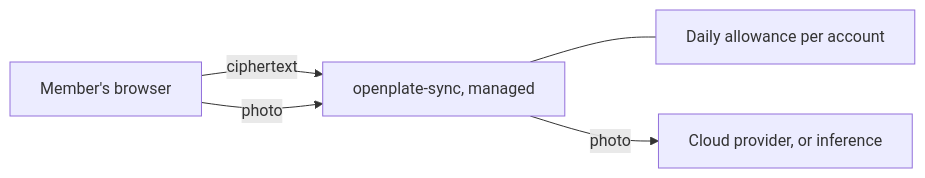
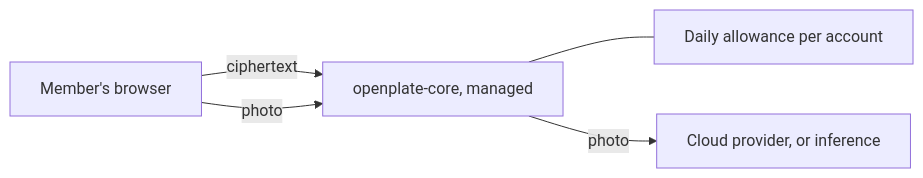
The fourth of 6 diagrams in docs/topologies.md (LowCarbCheck/openplate), drawn with Mermaid before and after one commit. The commit also changed other lines of this file and 90 other files, not shown here.

First line of the commit message:
docs: cite openplate-core, the renamed account service

````diff
--- a/docs/topologies.md
+++ b/docs/topologies.md
@@ -130,8 +130,8 @@
 ```mermaid
 %% alt: On a managed instance the signed-in member scans through the sync server's AI proxy, which counts the request against a daily allowance.
 flowchart LR
-  browser["Member's browser"] -->|"ciphertext"| sync["openplate-sync, managed"]
+  browser["Member's browser"] -->|"ciphertext"| sync["openplate-core, managed"]
   browser -->|"photo"| sync
   sync --- quota["Daily allowance per account"]
   sync -->|"photo"| upstream["Cloud provider, or inference"]
 ```
````
